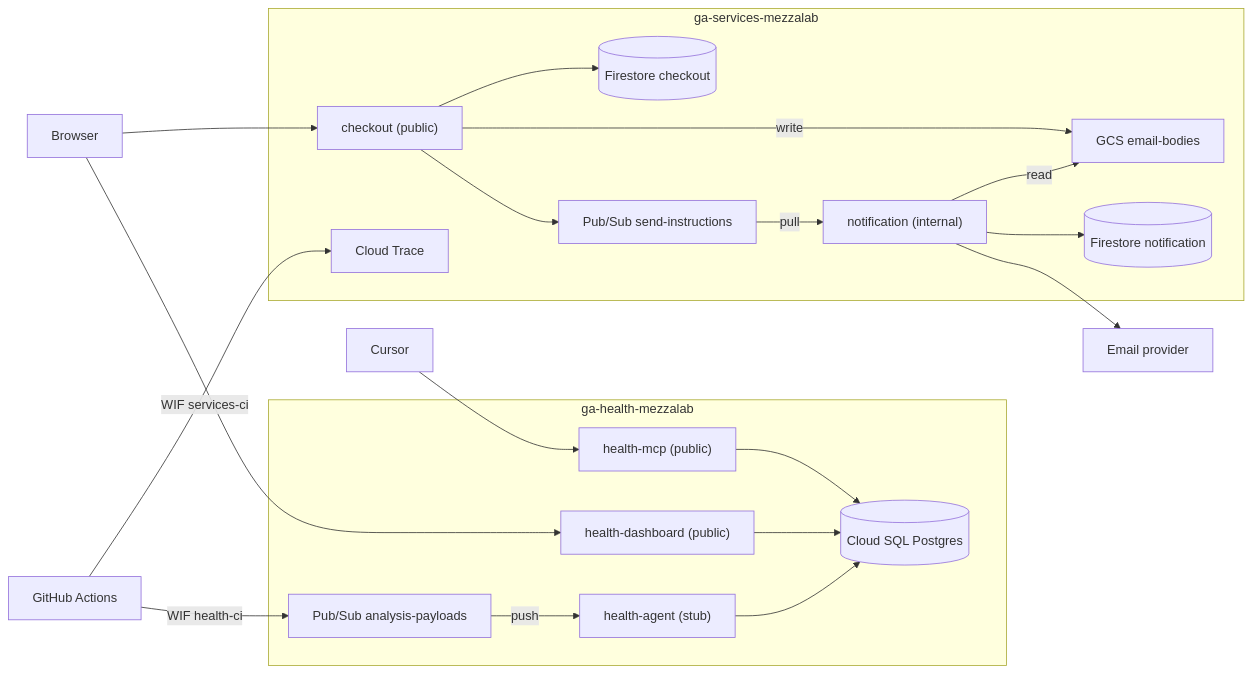
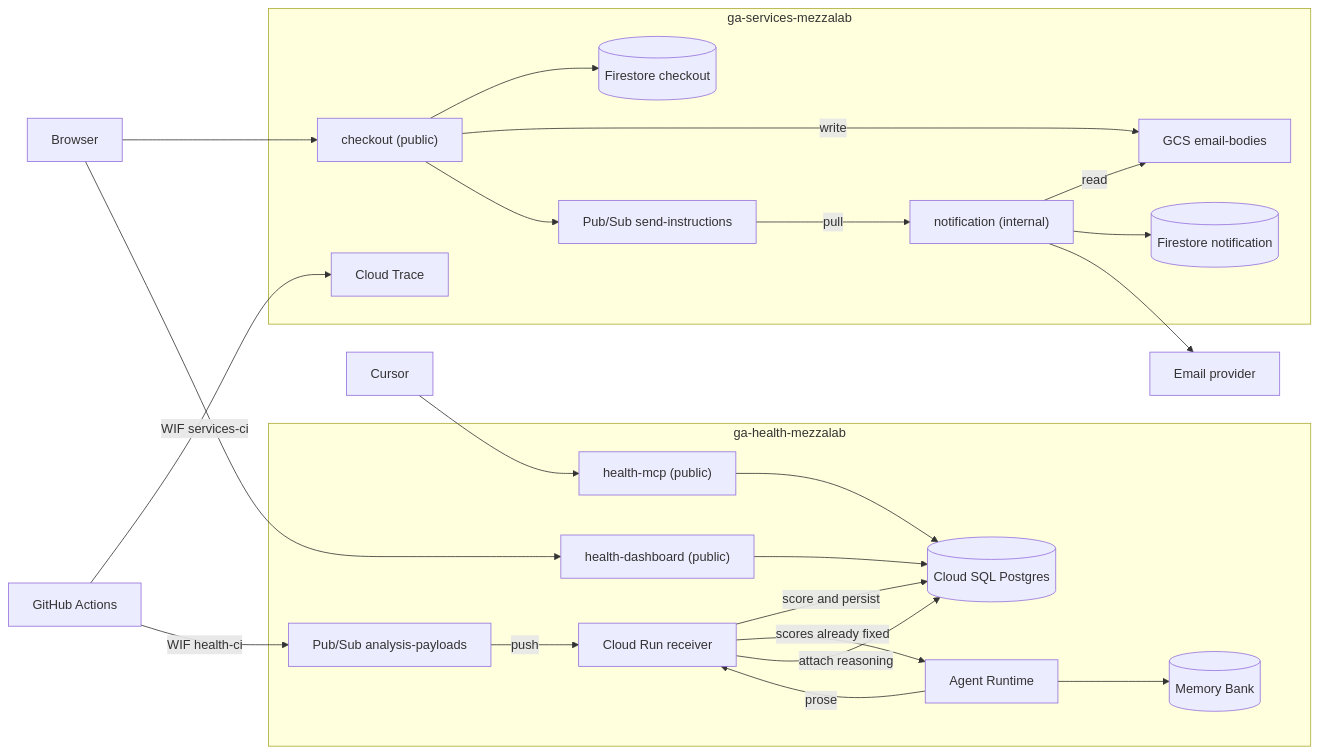
Before and after one commit to lucamezzalira/gcp-agents-architecture: the diagram in README.md, drawn with Mermaid. The commit also changed other lines of this file and 11 other files, not shown here.

````diff
--- a/README.md
+++ b/README.md
@@ -21,43 +21,49 @@
 ```mermaid
 flowchart LR
   cursor[Cursor]
   browser[Browser]
   email[Email provider]
 
   subgraph svc["ga-services-mezzalab"]
     checkout["checkout (public)"]
     send["Pub/Sub send-instructions"]
     gcs["GCS email-bodies"]
     fsC[("Firestore checkout")]
     notif["notification (internal)"]
     fsN[("Firestore notification")]
     trace[Cloud Trace]
   end
 
   subgraph hlth["ga-health-mezzalab"]
     dash["health-dashboard (public)"]
     mcp["health-mcp (public)"]
     analysis["Pub/Sub analysis-payloads"]
-    agent["health-agent (stub)"]
+    receiver["Cloud Run receiver"]
+    runtime["Agent Runtime"]
     sql[("Cloud SQL Postgres")]
+    mb[("Memory Bank")]
   end
 
   gha[GitHub Actions]
 
   browser --> checkout
   browser --> dash
   cursor --> mcp
   checkout --> fsC
   checkout -->|write| gcs
   checkout --> send
   send -->|pull| notif
   notif -->|read| gcs
   notif --> fsN
   notif --> email
   dash --> sql
   mcp --> sql
   gha -->|WIF services-ci| trace
   gha -->|WIF health-ci| analysis
-  analysis -->|push| agent
-  agent --> sql
+  analysis -->|push| receiver
+  receiver -->|score and persist| sql
+  receiver -->|scores already fixed| runtime
+  runtime --> mb
+  runtime -->|prose| receiver
+  receiver -->|attach reasoning| sql
 ```
````
